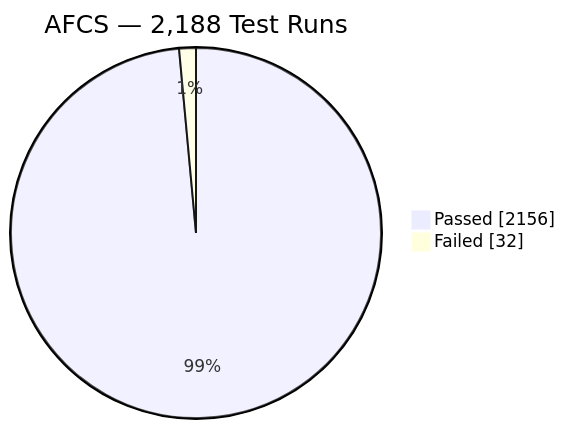
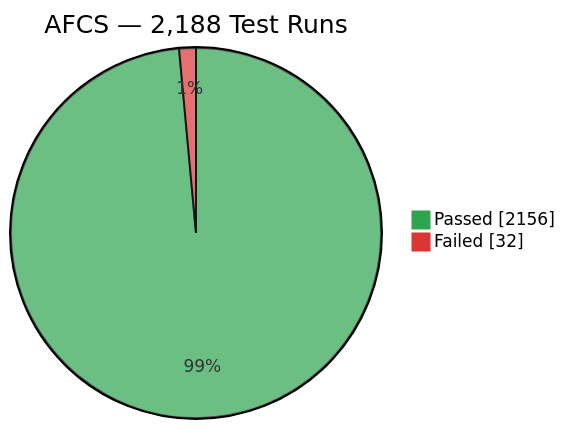
Before and after one commit to Reniel-Relearn/Reniel-Relearn: the diagram in README.md, drawn with Mermaid.

Commit message:
Color the pie chart: green for passed, red for failed

````diff
--- a/README.md
+++ b/README.md
@@ -32,6 +32,7 @@
 ```mermaid
+%%{init: {"themeVariables": {"pie1": "#2ea44f", "pie2": "#da3633"}}}%%
 pie showData
     title AFCS — 2,188 Test Runs
     "Passed" : 2156
     "Failed" : 32
 ```
````
